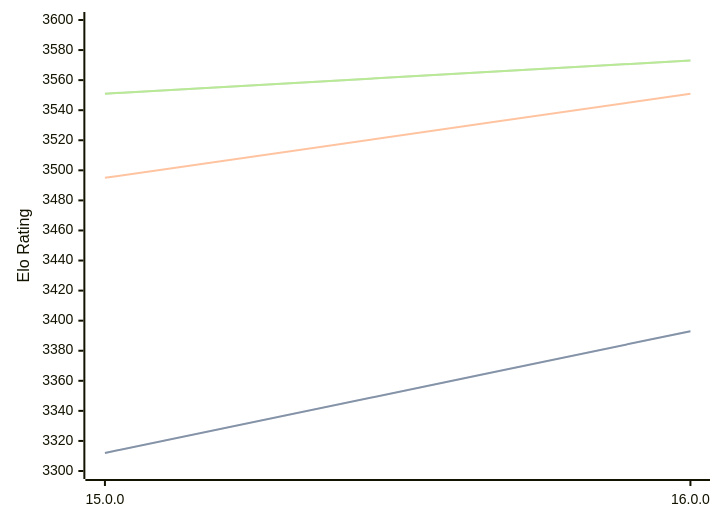
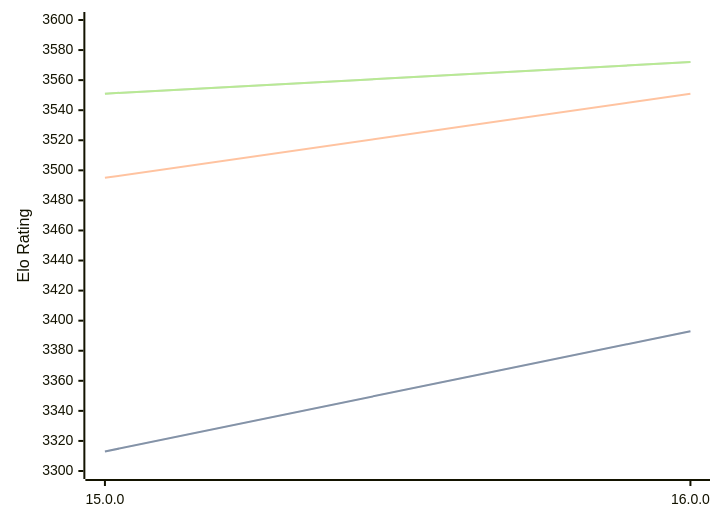
One commit to computer-chess-index/cci changed the diagram in engines/Halogen.md. Above: the diagram before and after it, drawn with Mermaid. The commit also changed other lines of this file, not shown here.

Commit message:
Update CCI Ratings (ELO VLTC) - 2026-03-21

````diff
--- a/engines/Halogen.md
+++ b/engines/Halogen.md
@@ -50,11 +50,11 @@
 ```mermaid
 %%{init: {"theme":"base","themeVariables":{"seriesColors:['#a3a3a3','#222221','#faa371']}}}%%
 xychart-beta
   x-axis ["15.0.0", "16.0.0"]
   y-axis "Elo Rating" 3300 --> 3600
-  line "STC (8.0+0.08s)" [3312, 3393]
-  line "STC (8.0+0.08s)" [3312, 3393]
+  line "STC (8.0+0.08s)" [3313, 3393]
+  line "STC (8.0+0.08s)" [3313, 3393]
   line "LTC (60.0+0.60s)" [3495, 3551]
-  line "VLTC (2m24s+1.12s)" [3551, 3573]
-  line "VLTC (2m24s+1.12s)" [3551, 3573]
+  line "VLTC (2m24s+1.12s)" [3551, 3572]
+  line "VLTC (2m24s+1.12s)" [3551, 3572]
 ```
````
